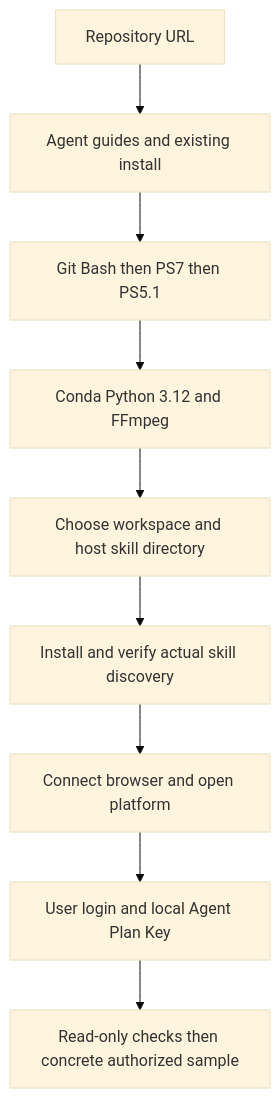
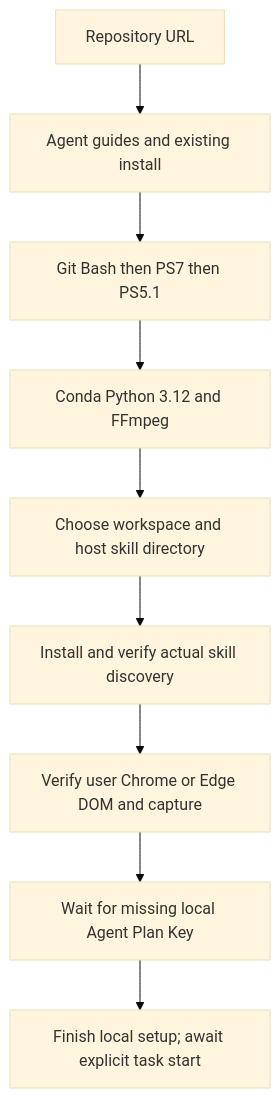
Before and after one commit to HNNUYUXUAN/douyin-agent: the first of 5 diagrams in README.en.md, drawn with Mermaid (base theme). The commit also changed other lines of this file and 75 other files, not shown here.

````diff
--- a/README.en.md
+++ b/README.en.md
@@ -28,11 +31,11 @@
 ```mermaid
 flowchart TD
 A["Repository URL"] --> B["Agent guides and existing install"]
 B --> C["Git Bash then PS7 then PS5.1"]
 C --> D["Conda Python 3.12 and FFmpeg"]
 D --> E["Choose workspace and host skill directory"]
 E --> F["Install and verify actual skill discovery"]
-F --> G["Connect browser and open platform"]
-G --> H["User login and local Agent Plan Key"]
-H --> I["Read-only checks then concrete authorized sample"]
+F --> G["Verify user Chrome or Edge DOM and capture"]
+G --> H["Wait for missing local Agent Plan Key"]
+H --> I["Finish local setup; await explicit task start"]
 ```
````
